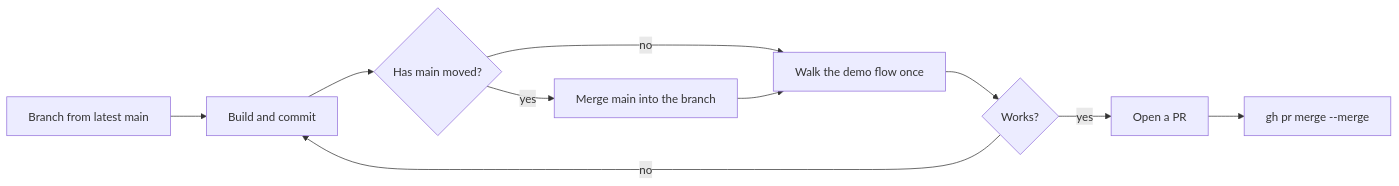
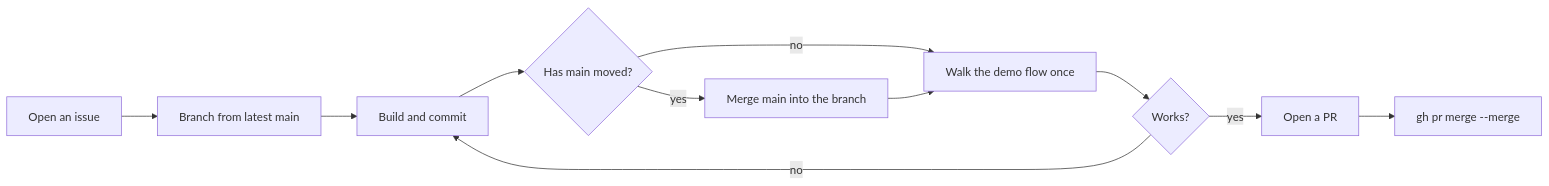
Before and after one commit to tingwei161803/unify-risk: the diagram in AGENTS.md, drawn with Mermaid. The commit also changed other lines of this file and 1 other file, not shown here.

Commit message:
Require an issue before building a feature
Four people build in parallel. The issue list shows who is working on
what, so nobody builds the same thing twice.

````diff
--- a/AGENTS.md
+++ b/AGENTS.md
@@ -35,12 +36,13 @@
 ```mermaid
 flowchart LR
-    A[Branch from latest main] --> B[Build and commit]
+    I[Open an issue] --> A[Branch from latest main]
+    A --> B[Build and commit]
     B --> C{Has main moved?}
     C -- yes --> D[Merge main into the branch]
     C -- no --> E[Walk the demo flow once]
     D --> E
     E --> F{Works?}
     F -- no --> B
     F -- yes --> G[Open a PR]
     G --> H["gh pr merge --merge"]
 ```
````
